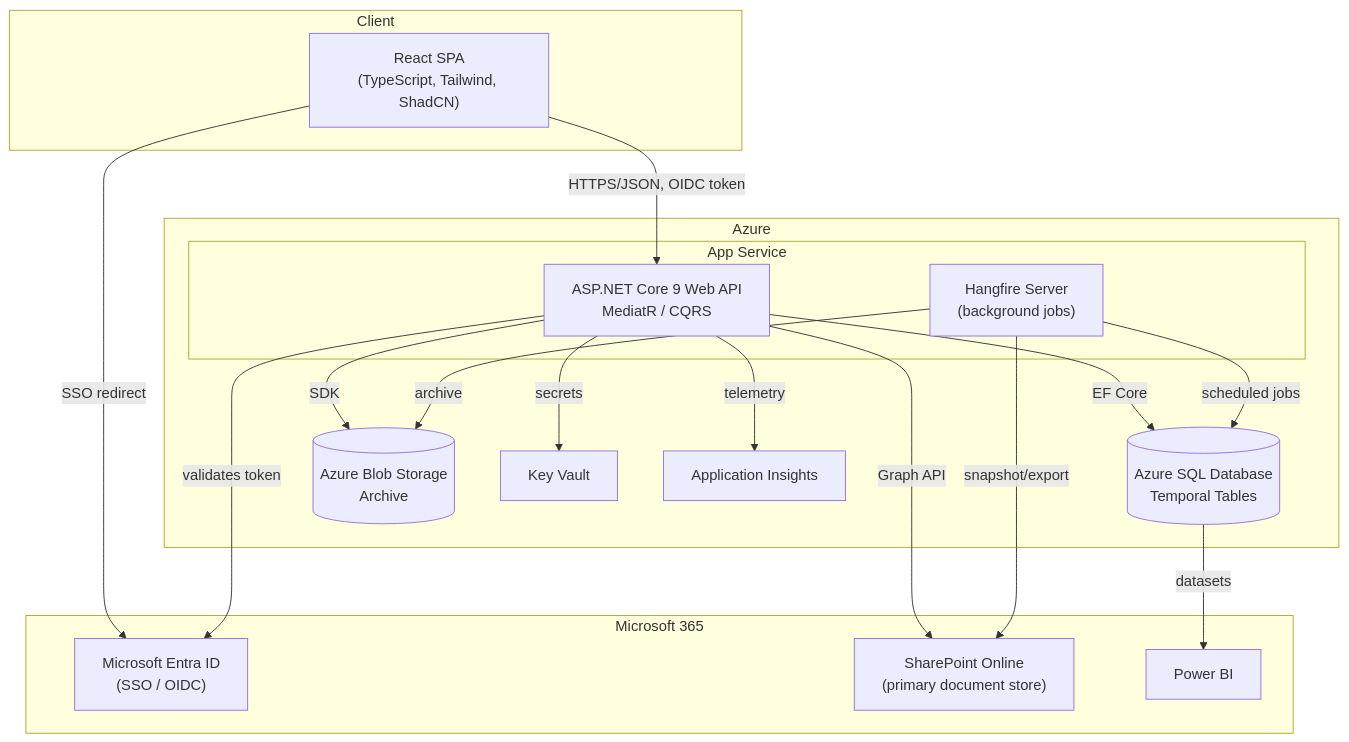
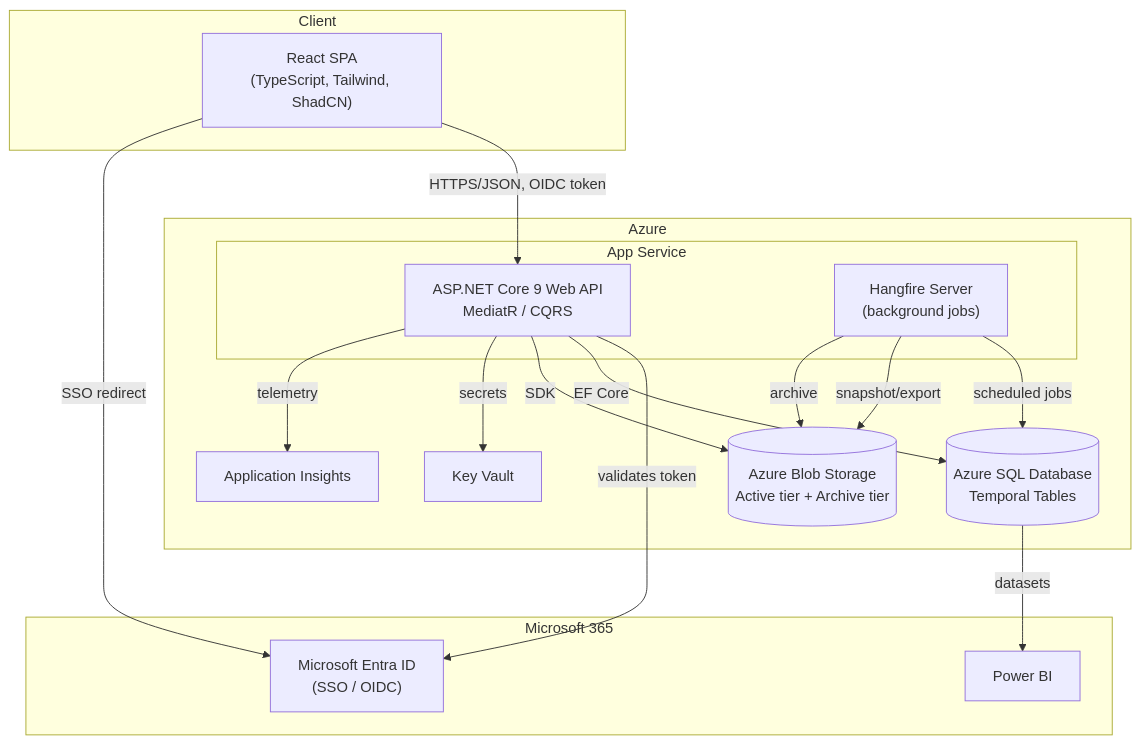
Before and after one commit to realmiguel87-create/SC-PM-Generator: the diagram in docs/architecture.md, drawn with Mermaid. The commit also changed other lines of this file and 27 other files, not shown here.

````diff
--- a/docs/architecture.md
+++ b/docs/architecture.md
@@ -24,36 +24,34 @@
 ```mermaid
 flowchart TB
     subgraph Client
         SPA["React SPA<br/>(TypeScript, Tailwind, ShadCN)"]
     end
 
     subgraph Azure["Azure"]
         subgraph AppService["App Service"]
             API["ASP.NET Core 9 Web API<br/>MediatR / CQRS"]
             Hangfire["Hangfire Server<br/>(background jobs)"]
         end
         SQL[("Azure SQL Database<br/>Temporal Tables")]
-        Blob[("Azure Blob Storage<br/>Archive")]
+        Blob[("Azure Blob Storage<br/>Active tier + Archive tier")]
         KV["Key Vault"]
         AI["Application Insights"]
     end
 
     subgraph M365["Microsoft 365"]
         Entra["Microsoft Entra ID<br/>(SSO / OIDC)"]
-        SPO["SharePoint Online<br/>(primary document store)"]
         PBI["Power BI"]
     end
 
     SPA -- HTTPS/JSON, OIDC token --> API
     SPA -- SSO redirect --> Entra
     API -- validates token --> Entra
     API -- EF Core --> SQL
-    API -- Graph API --> SPO
     API -- SDK --> Blob
     API -- secrets --> KV
     API -- telemetry --> AI
     Hangfire -- scheduled jobs --> SQL
-    Hangfire -- snapshot/export --> SPO
+    Hangfire -- snapshot/export --> Blob
     Hangfire -- archive --> Blob
     SQL -- datasets --> PBI
 ```
````
